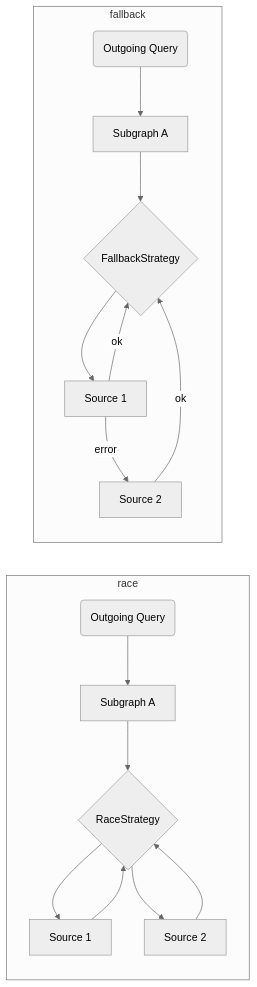
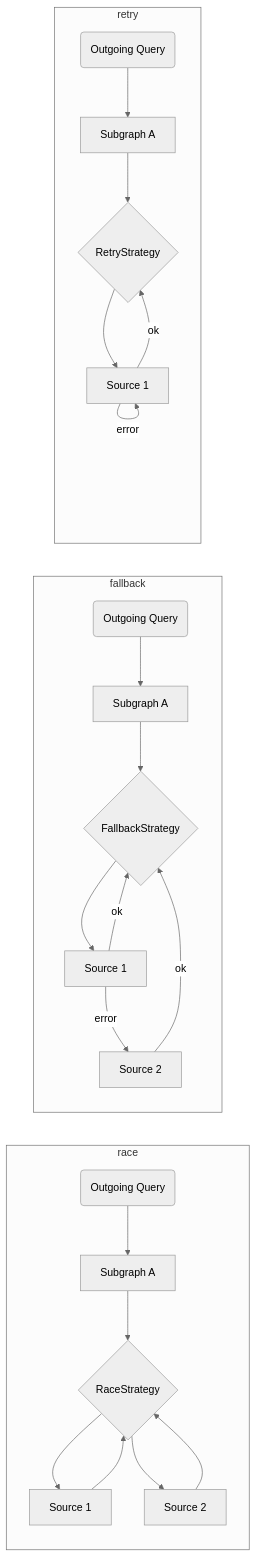
Before and after one commit to graphprotocol/graph-client: the third of 4 diagrams in docs/architecture.md, drawn with Mermaid (neutral theme).

````diff
--- a/docs/architecture.md
+++ b/docs/architecture.md
@@ -37,20 +37,28 @@
 ```mermaid
 graph LR;
     subgraph race
     req(Outgoing Query)-->sA[Subgraph A]; 
     sA-->d{RaceStrategy};
     d-->s1[Source 1]; 
     d-->s2[Source 2]; 
     s1-->d;
     s2-->d;
     end
     
     subgraph fallback
     req2(Outgoing Query)-->sA2[Subgraph A]; 
     sA2-->d2{FallbackStrategy};
     d2-->s3[Source 1]; 
     s3-->|error|s4[Source 2]; 
     s4-->|ok|d2;
     s3-->|ok|d2;
     end
+    
+    subgraph retry
+    req3(Outgoing Query)-->sA3[Subgraph A]; 
+    sA3-->d3{RetryStrategy};
+    d3-->s5[Source 1];
+    s5-->|error|s5;
+    s5-->|ok|d3;
+    end
 ```
````
